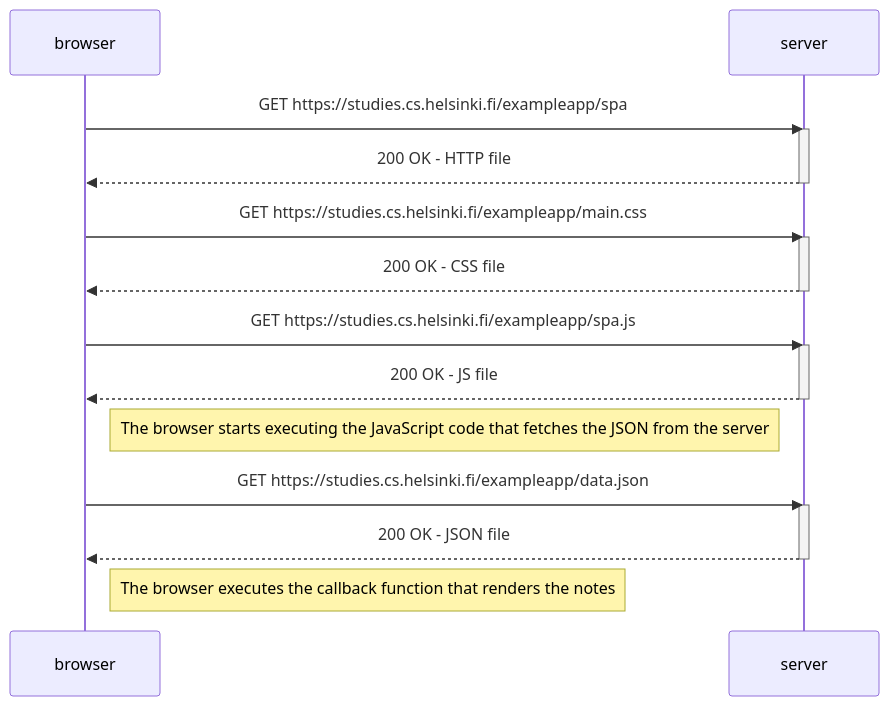
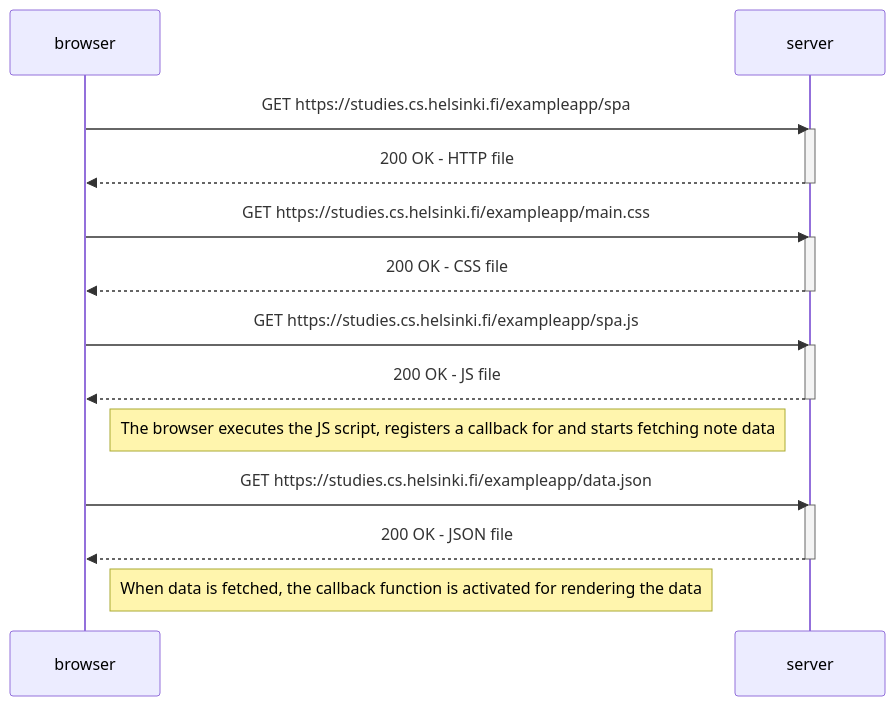
The diagram in part00/05_single_page_app.md (Slohis/FullS), drawn with Mermaid before and after one commit.

Commit message:
Updated notes in the diagram

````diff
--- a/part00/05_single_page_app.md
+++ b/part00/05_single_page_app.md
@@ -1,30 +1,30 @@
 ```mermaid
 sequenceDiagram
     participant browser
     participant server
     
     browser->>server: GET https://studies.cs.helsinki.fi/exampleapp/spa
     activate server
     server-->>browser: 200 OK - HTTP file
     deactivate server
     
     browser->>server: GET https://studies.cs.helsinki.fi/exampleapp/main.css
     activate server
     server-->>browser: 200 OK - CSS file
     deactivate server
 
     browser->>server: GET https://studies.cs.helsinki.fi/exampleapp/spa.js
     activate server
     server-->>browser: 200 OK - JS file
     deactivate server
 
-    Note right of browser: The browser starts executing the JavaScript code that fetches the JSON from the server
+    Note right of browser: The browser executes the JS script, registers a callback for and starts fetching note data
 
     browser->>server: GET https://studies.cs.helsinki.fi/exampleapp/data.json
     activate server
     server-->>browser: 200 OK - JSON file
     deactivate server
     
-    Note right of browser: The browser executes the callback function that renders the notes 
+    Note right of browser: When data is fetched, the callback function is activated for rendering the data
  
 ```
````
